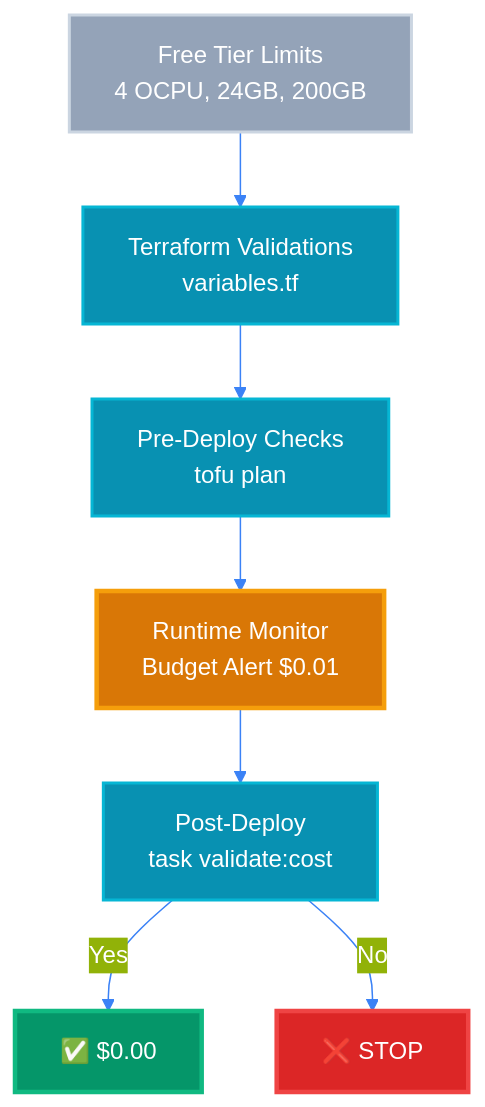
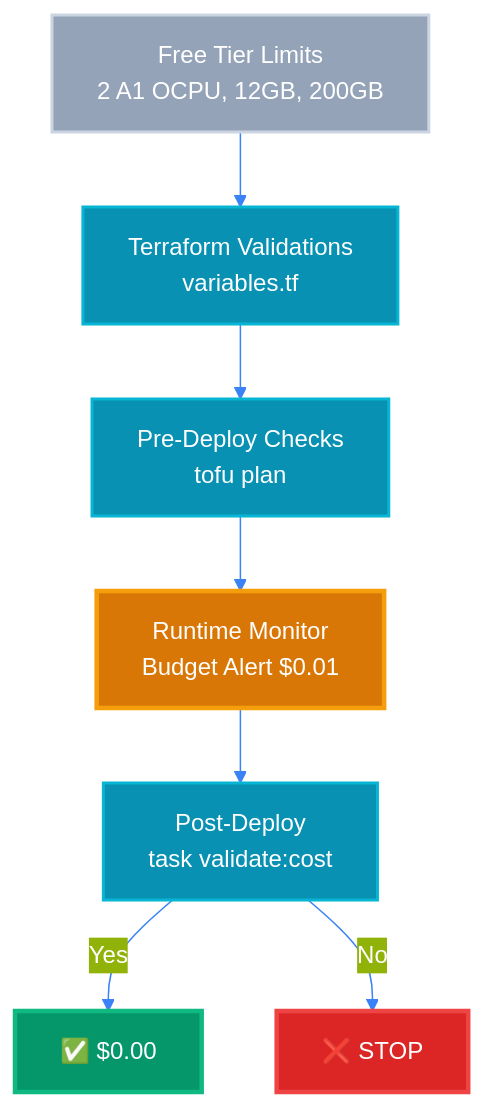
Before and after one commit to syscode-labs/oci-free-tier-manager: the ninth of 13 diagrams in docs/ARCHITECTURE-DIAGRAMS.md, drawn with Mermaid. The commit also changed other lines of this file and 6 other files, not shown here.

First line of the commit message:
fix(oci): align free-tier limits and ingress IP default (#73)

````diff
--- a/docs/ARCHITECTURE-DIAGRAMS.md
+++ b/docs/ARCHITECTURE-DIAGRAMS.md
@@ -339,26 +339,26 @@
 ```mermaid
 %%{init: {'theme':'base', 'themeVariables': { 'primaryColor':'#0891b2','primaryTextColor':'#fff','primaryBorderColor':'#06b6d4','lineColor':'#3b82f6','textColor':'#fff'}}}%%
 flowchart TB
-    Limits["Free Tier Limits<br/>4 OCPU, 24GB, 200GB"]
+    Limits["Free Tier Limits<br/>2 A1 OCPU, 12GB, 200GB"]
     TFVal["Terraform Validations<br/>variables.tf"]
     PreCheck["Pre-Deploy Checks<br/>tofu plan"]
     Runtime["Runtime Monitor<br/>Budget Alert $0.01"]
     PostDeploy["Post-Deploy<br/>task validate:cost"]
     Pass["✅ $0.00"]
     Fail["❌ STOP"]
 
     Limits --> TFVal
     TFVal --> PreCheck
     PreCheck --> Runtime
     Runtime --> PostDeploy
     PostDeploy -->|Yes| Pass
     PostDeploy -->|No| Fail
 
     style Limits fill:#94a3b8,stroke:#cbd5e1,stroke-width:2px,color:#fff
     style TFVal fill:#0891b2,stroke:#06b6d4,stroke-width:2px,color:#fff
     style PreCheck fill:#0891b2,stroke:#06b6d4,stroke-width:2px,color:#fff
     style Runtime fill:#d97706,stroke:#f59e0b,stroke-width:3px,color:#fff
     style PostDeploy fill:#0891b2,stroke:#06b6d4,stroke-width:2px,color:#fff
     style Pass fill:#059669,stroke:#10b981,stroke-width:3px,color:#fff
     style Fail fill:#dc2626,stroke:#ef4444,stroke-width:3px,color:#fff
 ```
````
